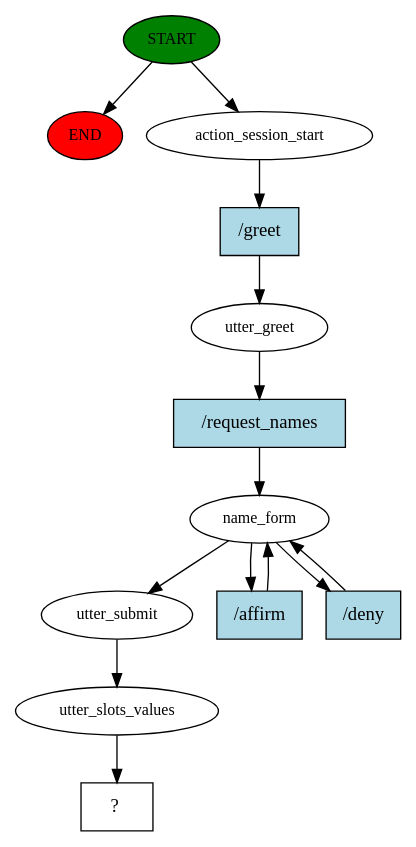
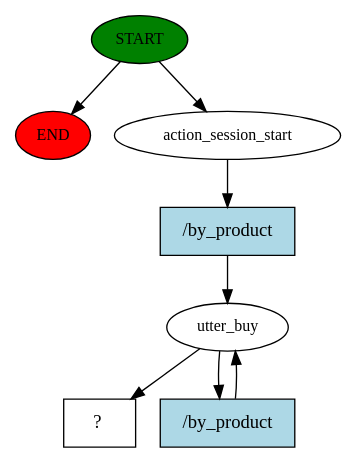
The diagram in story_graph.dot (Josphatkips/blank-rasa), drawn with Graphviz before and after one commit. The commit also changed 6 other files, not shown here.

```diff
--- a/story_graph.dot
+++ b/story_graph.dot
@@ -1,27 +1,16 @@
 digraph  {
 0 [class="start active", fillcolor=green, fontsize=12, label=START, style=filled];
 "-1" [class=end, fillcolor=red, fontsize=12, label=END, style=filled];
 1 [class=active, fontsize=12, label=action_session_start];
-2 [class=active, fontsize=12, label=utter_greet];
-3 [class=active, fontsize=12, label=name_form];
-6 [class=active, fontsize=12, label=utter_submit];
-7 [class=active, fontsize=12, label=utter_slots_values];
-8 [class="intent dashed active", label="  ?  ", shape=rect];
-9 [class="intent active", fillcolor=lightblue, label="/greet", shape=rect, style=filled];
-10 [class="intent active", fillcolor=lightblue, label="/request_names", shape=rect, style=filled];
-11 [class="intent active", fillcolor=lightblue, label="/affirm", shape=rect, style=filled];
-12 [class="intent active", fillcolor=lightblue, label="/deny", shape=rect, style=filled];
+2 [class=active, fontsize=12, label=utter_buy];
+4 [class="intent dashed active", label="  ?  ", shape=rect];
+5 [class="intent active", fillcolor=lightblue, label="/by_product", shape=rect, style=filled];
+6 [class="intent active", fillcolor=lightblue, label="/by_product", shape=rect, style=filled];
 0 -> "-1"  [class="", key=NONE, label=""];
 0 -> 1  [class=active, key=NONE, label=""];
-1 -> 9  [class=active, key=0];
-2 -> 10  [class=active, key=0];
-3 -> 6  [class=active, key=NONE, label=""];
-3 -> 11  [class=active, key=0];
-3 -> 12  [class=active, key=0];
-6 -> 7  [class=active, key=NONE, label=""];
-7 -> 8  [class=active, key=NONE, label=""];
-9 -> 2  [class=active, key=0];
-10 -> 3  [class=active, key=0];
-11 -> 3  [class=active, key=0];
-12 -> 3  [class=active, key=0];
+1 -> 5  [class=active, key=0];
+2 -> 4  [class=active, key=NONE, label=""];
+2 -> 6  [class=active, key=0];
+5 -> 2  [class=active, key=0];
+6 -> 2  [class=active, key=0];
 }
```
